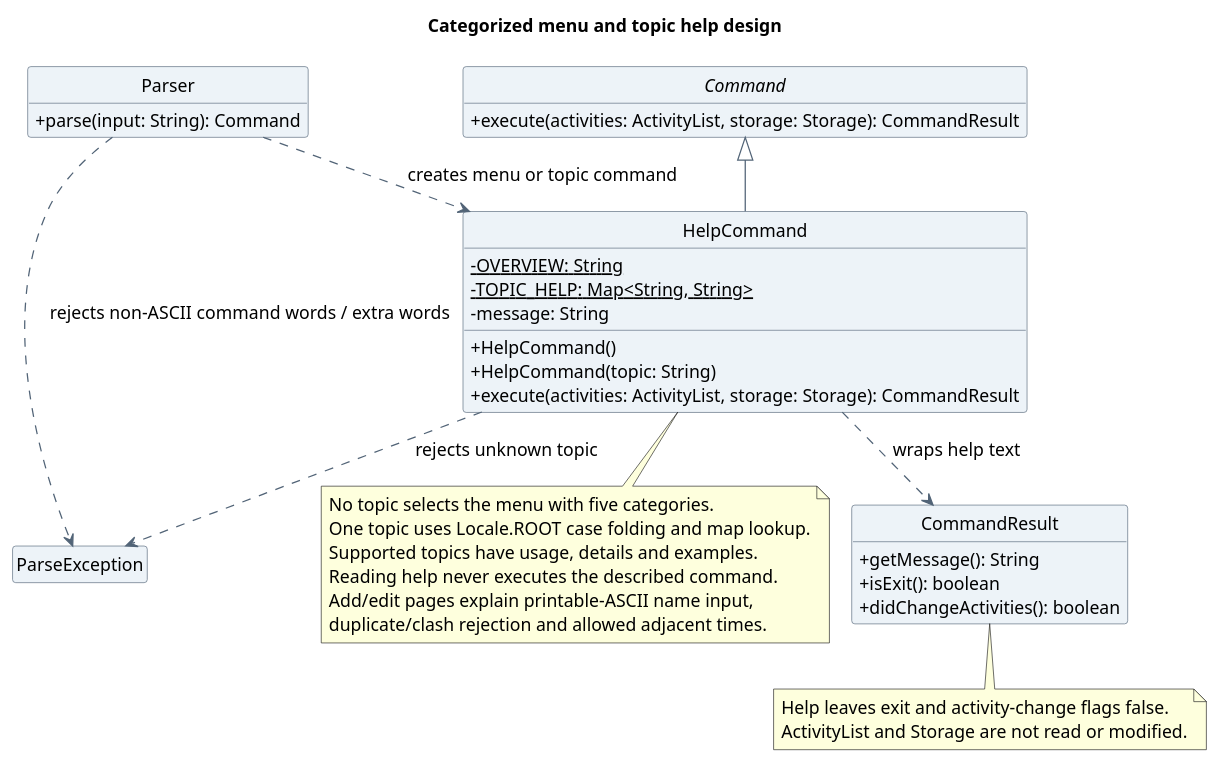
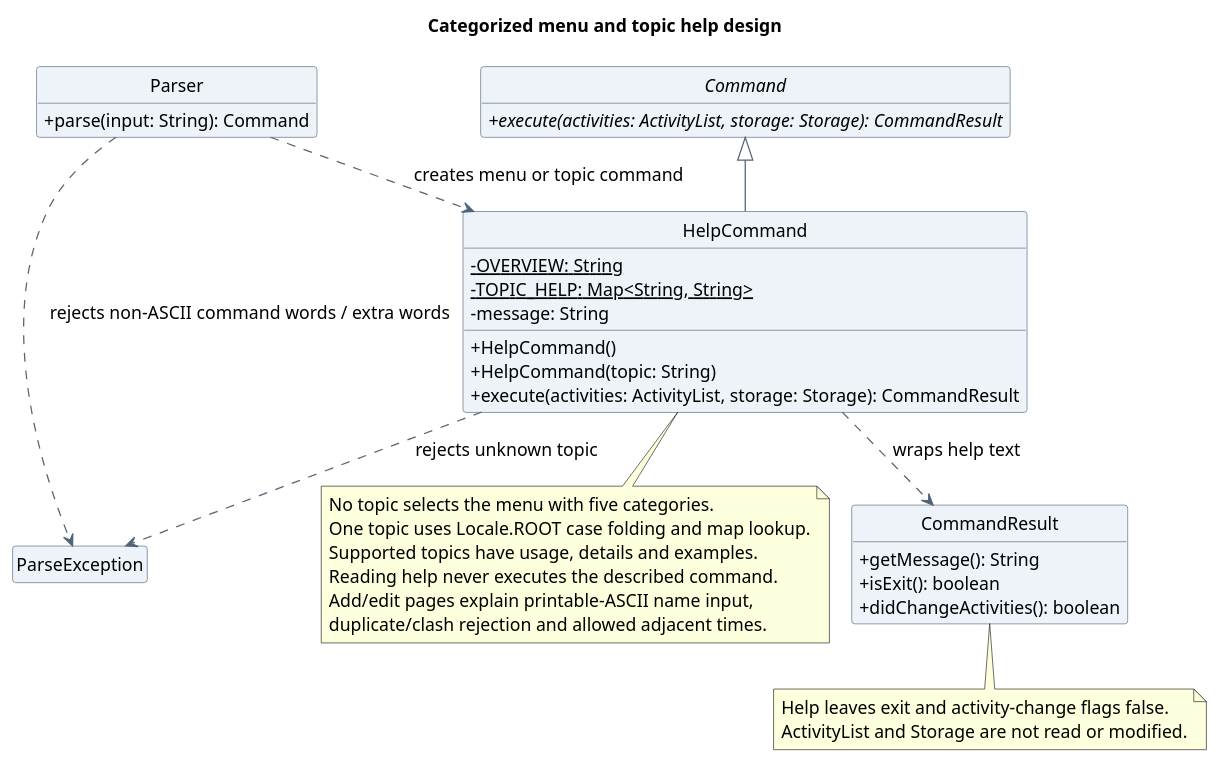
One commit to AY2627S1-CS2113-T10-4/tp changed the diagram in docs/diagrams/atharva/class/TopicHelpClassDiagram.puml. Above: the diagram before and after it, drawn with PlantUML. The commit also changed 29 other files, not shown here.

First line of the commit message:
Align class diagrams with course UML notation

```diff
--- a/docs/diagrams/atharva/class/TopicHelpClassDiagram.puml
+++ b/docs/diagrams/atharva/class/TopicHelpClassDiagram.puml
@@ -4,54 +4,54 @@
 @startuml
 !pragma layout smetana
 title Categorized menu and topic help design
 skinparam backgroundColor white
 skinparam shadowing false
 skinparam defaultFontName SansSerif
 skinparam defaultFontSize 14
 skinparam classAttributeIconSize 0
 skinparam classBackgroundColor #EDF3F8
 skinparam classBorderColor #526477
 skinparam ArrowColor #526477
 hide circle
 hide empty members
 
 abstract class Command {
-  +execute(activities: ActivityList, storage: Storage): CommandResult
+  {abstract} +execute(activities: ActivityList, storage: Storage): CommandResult
 }
 class Parser {
   +parse(input: String): Command
 }
 class HelpCommand {
   {static} -OVERVIEW: String
   {static} -TOPIC_HELP: Map<String, String>
   -message: String
   +HelpCommand()
   +HelpCommand(topic: String)
   +execute(activities: ActivityList, storage: Storage): CommandResult
 }
 class CommandResult {
   +getMessage(): String
   +isExit(): boolean
   +didChangeActivities(): boolean
 }
 class ParseException
 
 Command <|-- HelpCommand
 Parser ..> HelpCommand : creates menu or topic command
 Parser ..> ParseException : rejects non-ASCII command words / extra words
 HelpCommand ..> ParseException : rejects unknown topic
 HelpCommand ..> CommandResult : wraps help text
 
 note bottom of HelpCommand
   No topic selects the menu with five categories.
   One topic uses Locale.ROOT case folding and map lookup.
   Supported topics have usage, details and examples.
   Reading help never executes the described command.
   Add/edit pages explain printable-ASCII name input,
   duplicate/clash rejection and allowed adjacent times.
 end note
 note bottom of CommandResult
   Help leaves exit and activity-change flags false.
   ActivityList and Storage are not read or modified.
 end note
 @enduml
```
